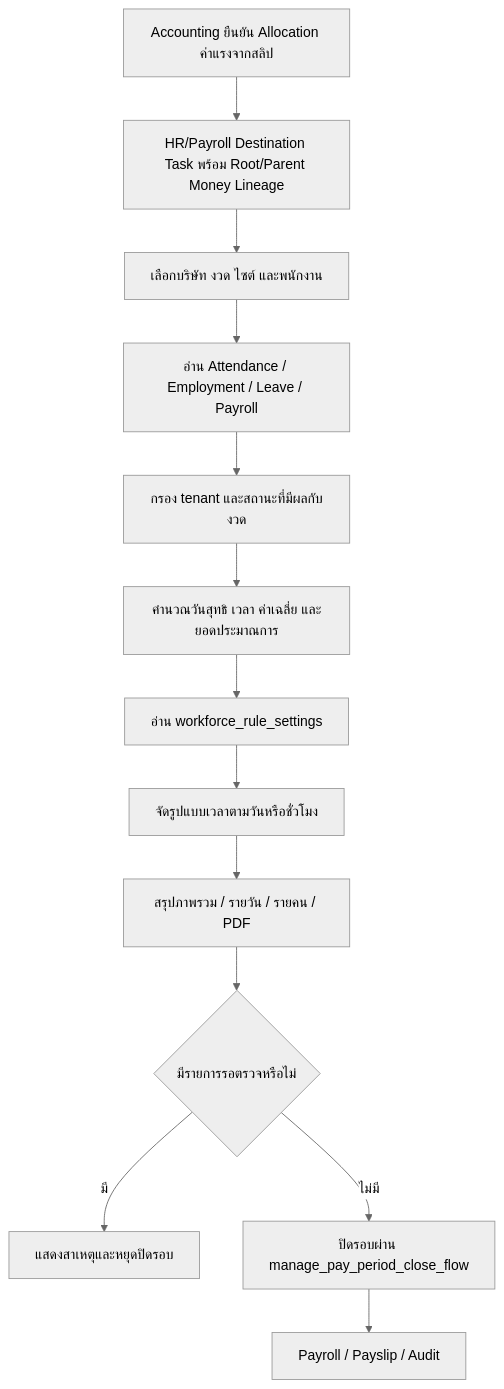
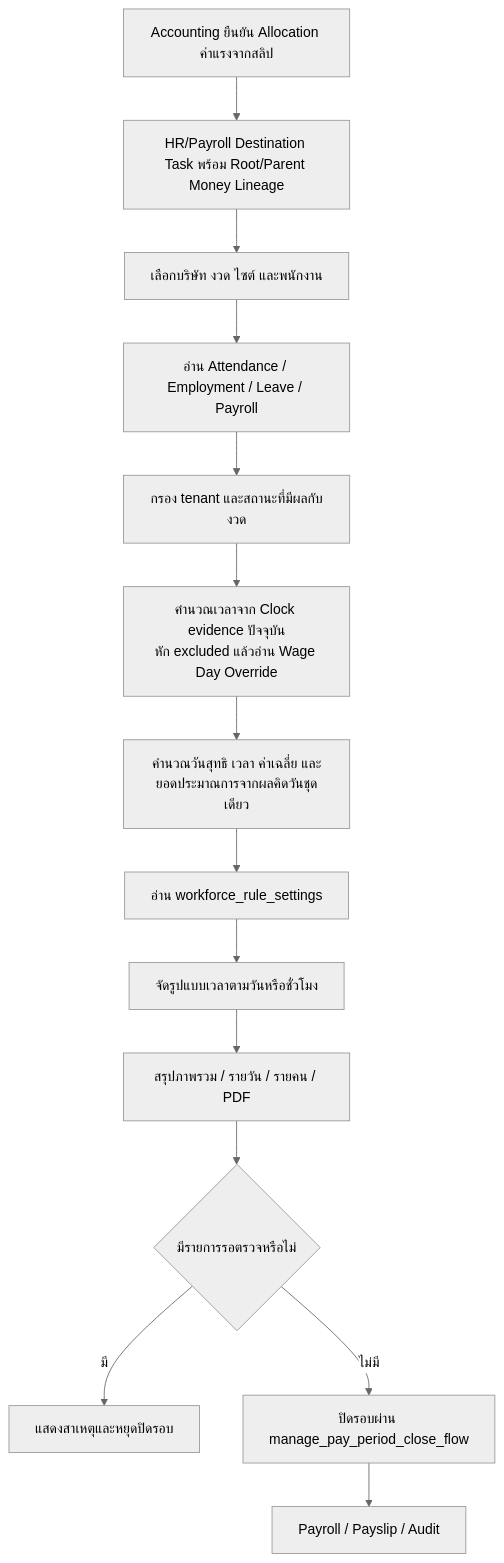
The diagram in docs/PAYROLL_REPORTING_FLOW.md (paramonjong-afk/WisdomAI), drawn with Mermaid (neutral theme) before and after one commit. The commit also changed other lines of this file and 4 other files, not shown here.

````diff
--- a/docs/PAYROLL_REPORTING_FLOW.md
+++ b/docs/PAYROLL_REPORTING_FLOW.md
@@ -3,15 +3,16 @@
 ```mermaid
 flowchart TD
   A0[Accounting ยืนยัน Allocation ค่าแรงจากสลิป] --> A1[HR/Payroll Destination Task พร้อม Root/Parent Money Lineage]
   A1 --> A[เลือกบริษัท งวด ไซต์ และพนักงาน]
   A[เลือกบริษัท งวด ไซต์ และพนักงาน] --> B[อ่าน Attendance / Employment / Leave / Payroll]
   B --> C[กรอง tenant และสถานะที่มีผลกับงวด]
-  C --> D[คำนวณวันสุทธิ เวลา ค่าเฉลี่ย และยอดประมาณการ]
+  C --> C1[คำนวณเวลาจาก Clock evidence ปัจจุบัน<br/>หัก excluded แล้วอ่าน Wage Day Override]
+  C1 --> D[คำนวณวันสุทธิ เวลา ค่าเฉลี่ย และยอดประมาณการจากผลคิดวันชุดเดียว]
   D --> E[อ่าน workforce_rule_settings]
   E --> F[จัดรูปแบบเวลาตามวันหรือชั่วโมง]
   F --> G[สรุปภาพรวม / รายวัน / รายคน / PDF]
   G --> H{มีรายการรอตรวจหรือไม่}
   H -->|มี| I[แสดงสาเหตุและหยุดปิดรอบ]
   H -->|ไม่มี| J[ปิดรอบผ่าน manage_pay_period_close_flow]
   J --> K[Payroll / Payslip / Audit]
 ```
````
